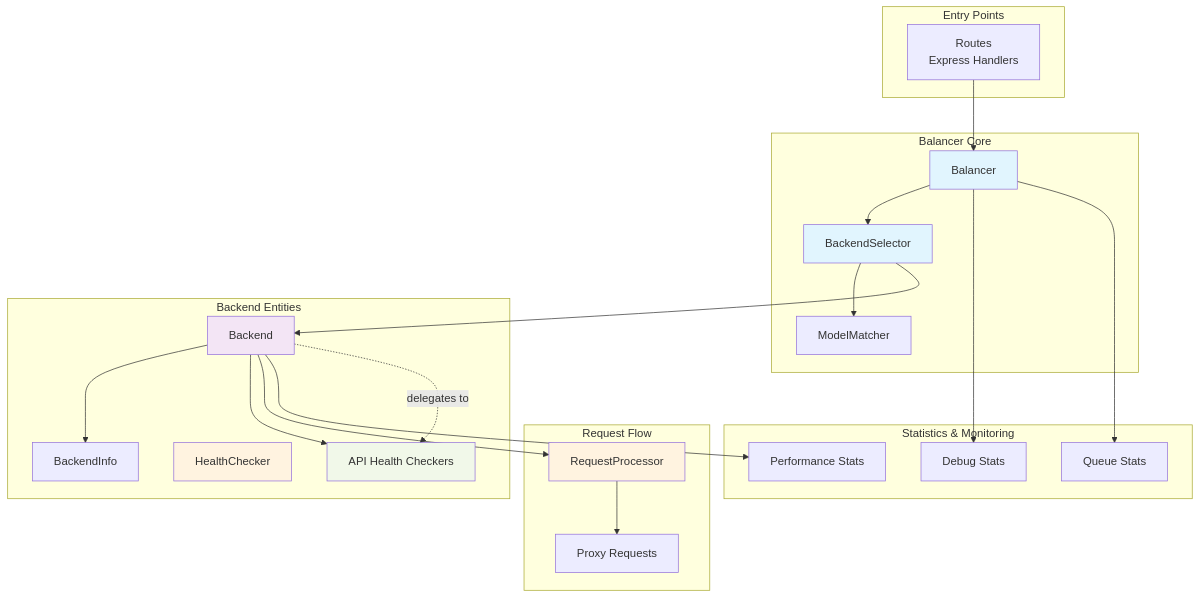
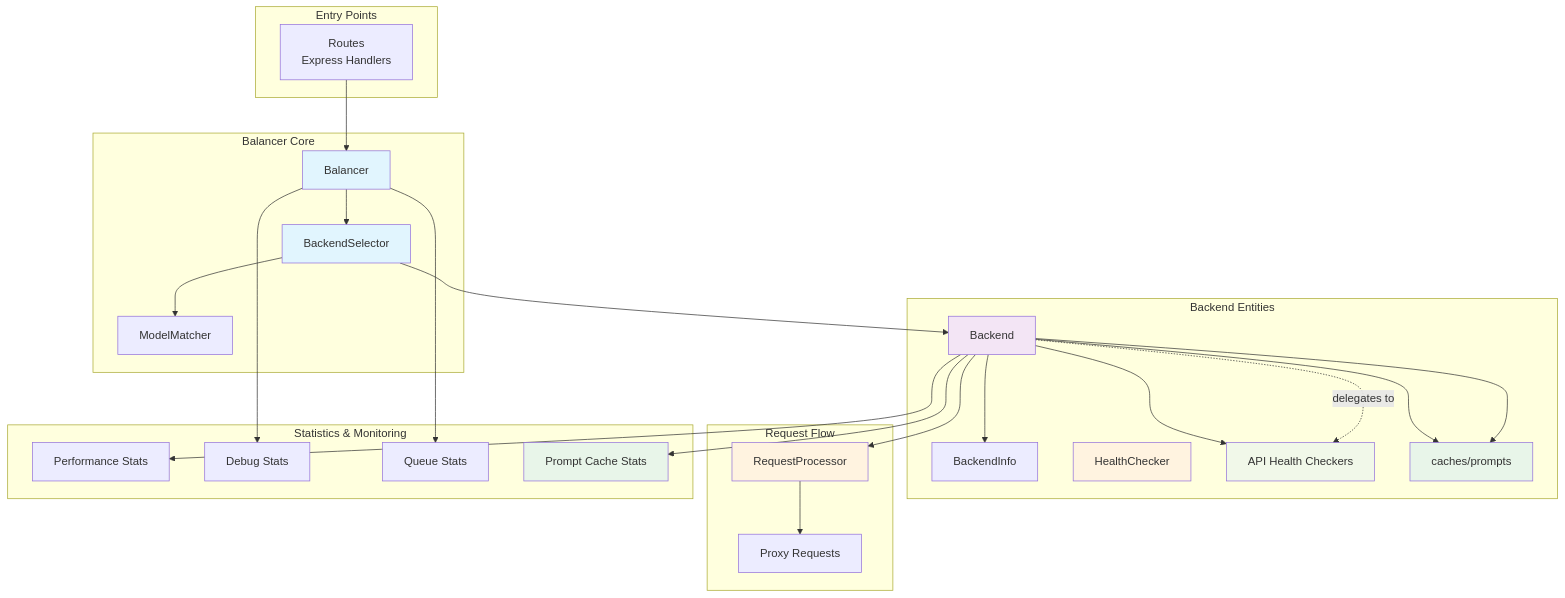
Before and after one commit to Schafer-List-Systems/llm_balancer: the sixth of 10 diagrams in docs/developer/DATA_FLOW.md, drawn with Mermaid. The commit also changed other lines of this file and 1 other file, not shown here.

First line of the commit message:
feat: replace debug request tracking with prompt cache statistics

````diff
--- a/docs/developer/DATA_FLOW.md
+++ b/docs/developer/DATA_FLOW.md
@@ -344,54 +339,61 @@
 ```mermaid
 graph TB
     subgraph EntryPoints["Entry Points"]
         Routes["Routes<br/>Express Handlers"]
     end
 
     subgraph BalancerCore["Balancer Core"]
         Balancer["Balancer"]
         BackendSelector["BackendSelector"]
         ModelMatcher["ModelMatcher"]
     end
 
     subgraph BackendEntities["Backend Entities"]
         Backend["Backend"]
         BackendInfo["BackendInfo"]
         HealthCheckerMain["HealthChecker"]
         APIHealthCheckers["API Health Checkers"]
+        PromptCache["PromptCache<br/>KV Cache"]
     end
 
     subgraph RequestFlow["Request Flow"]
         RequestProcessor["RequestProcessor"]
         ProxyRequests["Proxy Requests"]
     end
 
     subgraph StatsFlow["Statistics & Monitoring"]
         PerformanceStats["Performance Stats"]
         DebugStats["Debug Stats"]
         QueueStats["Queue Stats"]
+        PromptCacheStats["Prompt Cache Stats"]
     end
 
     Routes --> Balancer
     Balancer --> BackendSelector
     BackendSelector --> ModelMatcher
 
     BackendSelector --> Backend
     Backend --> BackendInfo
     Backend --> APIHealthCheckers
 
     Backend --> RequestProcessor
     RequestProcessor --> ProxyRequests
 
     Backend --> PerformanceStats
+    Backend --> PromptCache
     Balancer --> DebugStats
     Balancer --> QueueStats
+    Backend --> PromptCacheStats
 
     Backend -.->|delegates to| APIHealthCheckers
+    Backend --> PromptCache[caches/prompts]
 
     style Balancer fill:#e1f5fe
     style Backend fill:#f3e5f5
     style BackendSelector fill:#e1f5fe
     style RequestProcessor fill:#fff3e0
     style HealthCheckerMain fill:#fff3e0
     style APIHealthCheckers fill:#f1f8e9
+    style PromptCache fill:#e8f5e9
+    style PromptCacheStats fill:#e8f5e9
 ```
````
